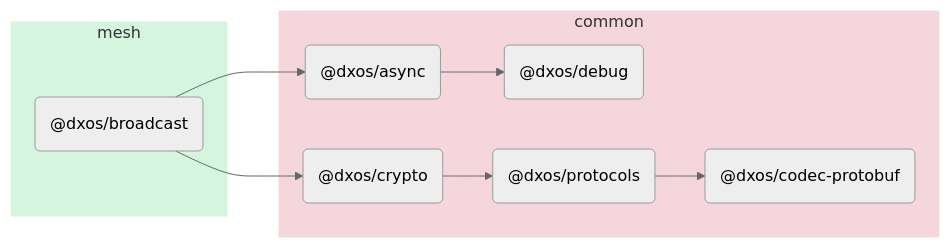
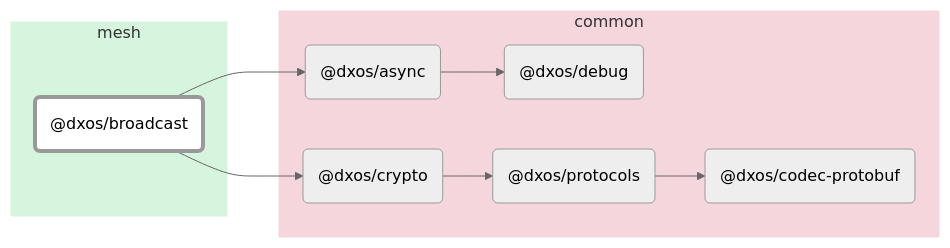
One commit to dxos/dxos changed the diagram in packages/mesh/broadcast/docs/README.md. Above: the diagram before and after it, drawn with Mermaid (neutral theme). The commit also changed other lines of this file and 88 other files, not shown here.

````diff
--- a/packages/mesh/broadcast/docs/README.md
+++ b/packages/mesh/broadcast/docs/README.md
@@ -5,23 +7,31 @@
 ```mermaid
 flowchart LR;
+
+style dxos/broadcast fill:#fff,stroke-width:4px;
+
+click dxos/async "https:/github.com/dxos/dxos/tree/main/packages/common/async/docs";
+click dxos/debug "https:/github.com/dxos/dxos/tree/main/packages/common/debug/docs";
+click dxos/codec-protobuf "https:/github.com/dxos/dxos/tree/main/packages/common/codec-protobuf/docs";
+click dxos/crypto "https:/github.com/dxos/dxos/tree/main/packages/common/crypto/docs";
+click dxos/protocols "https:/github.com/dxos/dxos/tree/main/packages/common/protocols/docs";
 
 subgraph mesh
   style mesh fill:#d6f5de,stroke:#fff;
   dxos/broadcast("@dxos/broadcast");
 end
 
 subgraph common
   style common fill:#f5d6dd,stroke:#fff;
   dxos/async("@dxos/async");
   dxos/debug("@dxos/debug");
   dxos/codec-protobuf("@dxos/codec-protobuf");
   dxos/crypto("@dxos/crypto");
   dxos/protocols("@dxos/protocols");
 end
 
 dxos/broadcast --> dxos/async;
 dxos/async --> dxos/debug;
 dxos/broadcast --> dxos/crypto;
 dxos/crypto --> dxos/protocols;
 dxos/protocols --> dxos/codec-protobuf;
 ```
````
